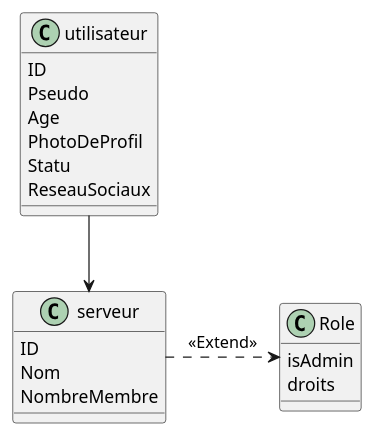
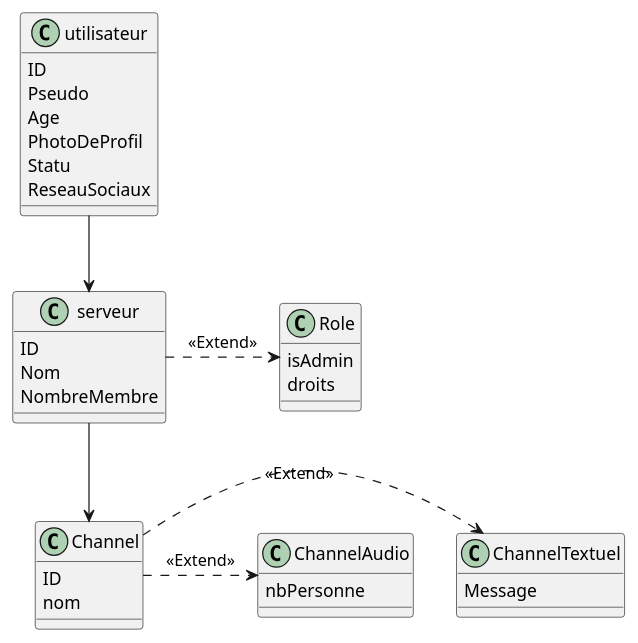
Before and after one commit to IUT-Blagnac/bcoo-retro2021-bcoo-retro2021-g16: the diagram in discord.plantuml, drawn with PlantUML.

```diff
--- a/discord.plantuml
+++ b/discord.plantuml
@@ -1,28 +1,43 @@
 @startuml
 
 class utilisateur {
   ID
   Pseudo 
   Age 
   PhotoDeProfil
   Statu
   ReseauSociaux
 }
 
 class serveur {
   ID
   Nom
   NombreMembre
 }
 
 class Role {
   isAdmin
   droits
 }
 
+class Channel {
+  ID
+  nom
+}
+
+class ChannelAudio{
+  nbPersonne
+}
+
+class ChannelTextuel{
+  Message
+}
+
 
 utilisateur --> serveur
 serveur .> Role : <<Extend>>
-
+serveur --> Channel
+Channel .> ChannelTextuel : <<Extend>>
+Channel .> ChannelAudio : <<Extend>>
 
 @enduml
```
